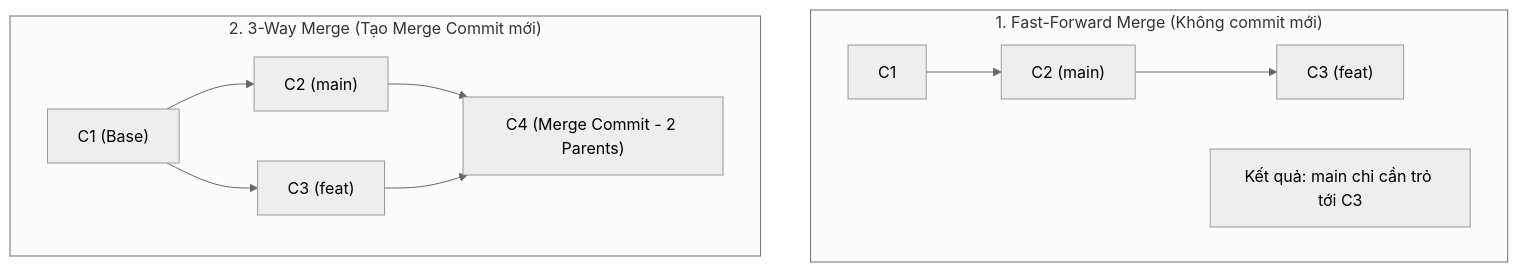
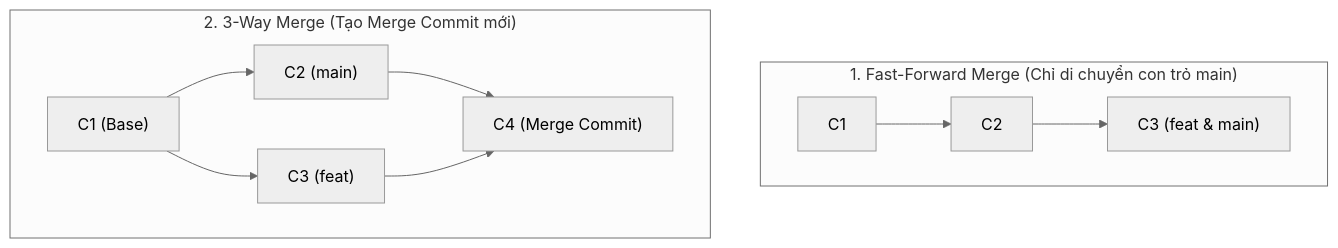
The seventh of 8 diagrams in Git/README.md (XuanQuang1301/Training-IT), drawn with Mermaid (neutral theme) before and after one commit. The commit also changed other lines of this file and 1 other file, not shown here.

````diff
--- a/Git/README.md
+++ b/Git/README.md
@@ -348,16 +350,15 @@
 ```mermaid
-graph TD
-    subgraph FastForward ["1. Fast-Forward Merge (Không commit mới)"]
+flowchart TD
+    subgraph FastForward ["1. Fast-Forward Merge (Chỉ di chuyển con trỏ main)"]
         direction LR
-        FF1["C1"] --> FF2["C2 (main)"] --> FF3["C3 (feat)"]
-        FF_After["Kết quả: main chỉ cần trỏ tới C3"]
+        FF1["C1"] --> FF2["C2"] --> FF3["C3 (feat & main)"]
     end
 
     subgraph ThreeWay ["2. 3-Way Merge (Tạo Merge Commit mới)"]
         direction LR
         Base["C1 (Base)"] --> MainCommit["C2 (main)"]
         Base --> FeatCommit["C3 (feat)"]
-        MainCommit --> MergeCommit["C4 (Merge Commit - 2 Parents)"]
+        MainCommit --> MergeCommit["C4 (Merge Commit)"]
         FeatCommit --> MergeCommit
     end
 ```
````
